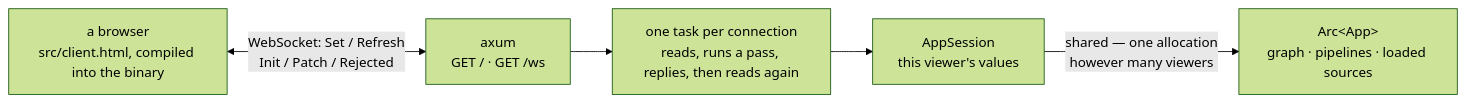
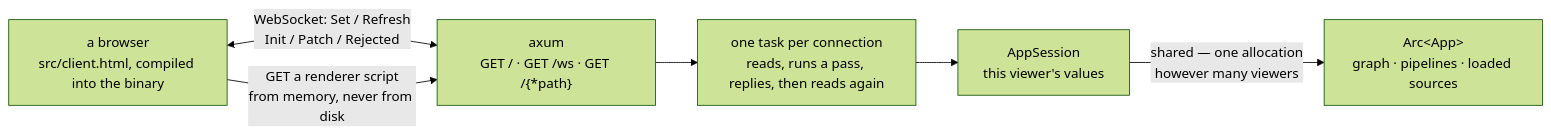
One commit to lucheeseng827/dagpane changed the first of 2 diagrams in crates/serve/README.md. Above: the diagram before and after it, drawn with Mermaid (forest theme). The commit also changed other lines of this file and 203 other files, not shown here.

````diff
--- a/crates/serve/README.md
+++ b/crates/serve/README.md
@@ -12,13 +12,14 @@
 ```mermaid
 flowchart LR
     browser["a browser<br/>src/client.html, compiled into the binary"]
-    axum["axum<br/>GET / · GET /ws"]
+    axum["axum<br/>GET / · GET /ws · GET /{*path}"]
     conn["one task per connection<br/>reads, runs a pass, replies, then reads again"]
     session["AppSession<br/>this viewer's values"]
     app["Arc&lt;App&gt;<br/>graph · pipelines · loaded sources"]
 
     browser <-->|"WebSocket: Set / Refresh<br/>Init / Patch / Rejected"| axum
+    browser -->|"GET a renderer script<br/>from memory, never from disk"| axum
     axum --> conn
     conn --> session
     session -->|"shared — one allocation<br/>however many viewers"| app
 ```
````
